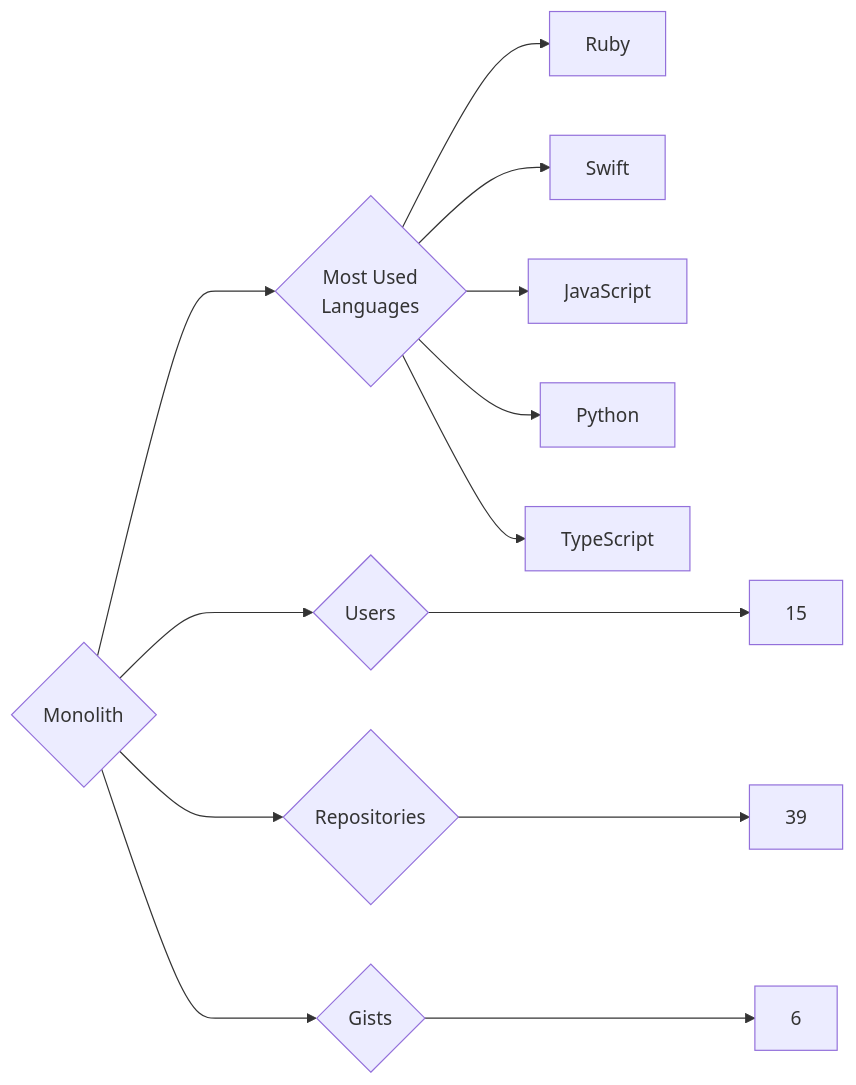
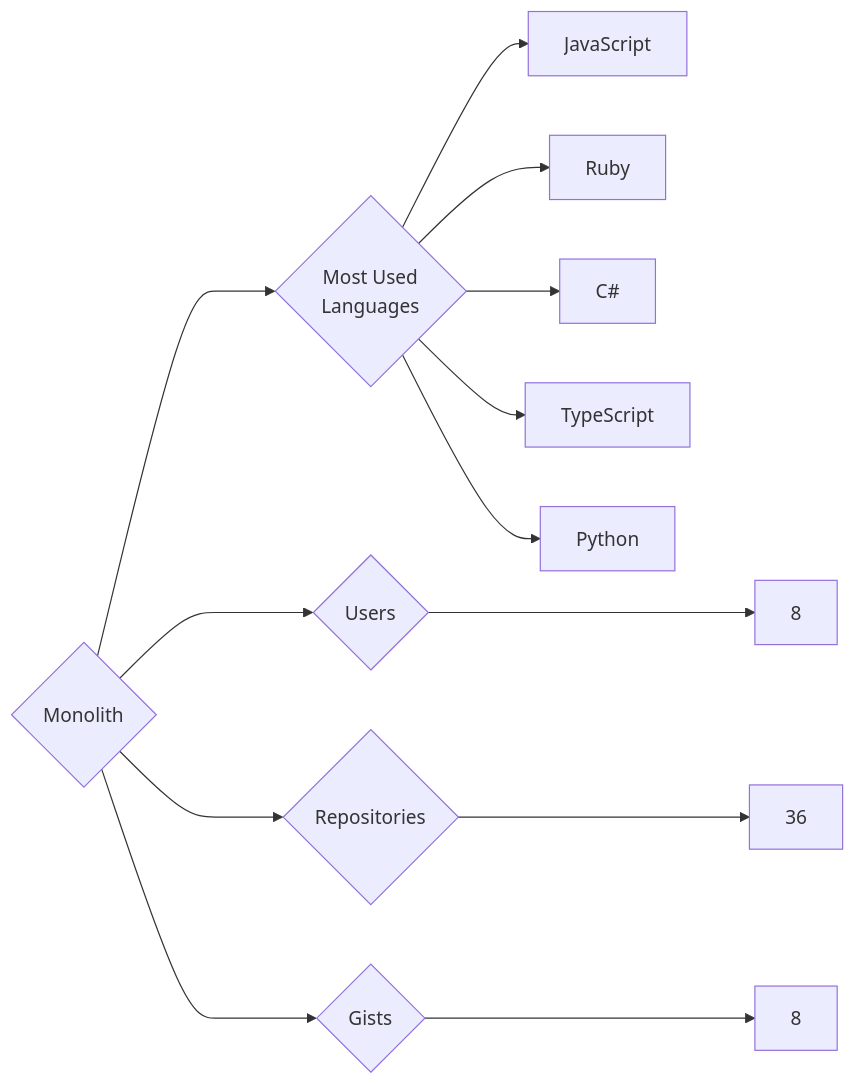
One commit to trickest/insiders changed the diagram in targets/Monolith/README.md. Above: the diagram before and after it, drawn with Mermaid. The commit also changed 839 other files, not shown here.

````diff
--- a/targets/Monolith/README.md
+++ b/targets/Monolith/README.md
@@ -3,13 +3,13 @@
 ```mermaid
 graph LR
 COMPANY_NAME{Monolith}
-COMPANY_NAME ---> U{Users} ---> UN[15]
-COMPANY_NAME ---> R{Repositories} ---> RN[39]
-COMPANY_NAME ---> G{Gists} ---> GN[6]
+COMPANY_NAME ---> U{Users} ---> UN[8]
+COMPANY_NAME ---> R{Repositories} ---> RN[36]
+COMPANY_NAME ---> G{Gists} ---> GN[8]
 COMPANY_NAME ---> ML{Most Used<br>Languages}
+ML --> JavaScript[JavaScript]
 ML --> Ruby[Ruby]
-ML --> Swift[Swift]
-ML --> JavaScript[JavaScript]
+ML --> C#[C#]
+ML --> TypeScript[TypeScript]
 ML --> Python[Python]
-ML --> TypeScript[TypeScript]
 ```
````
